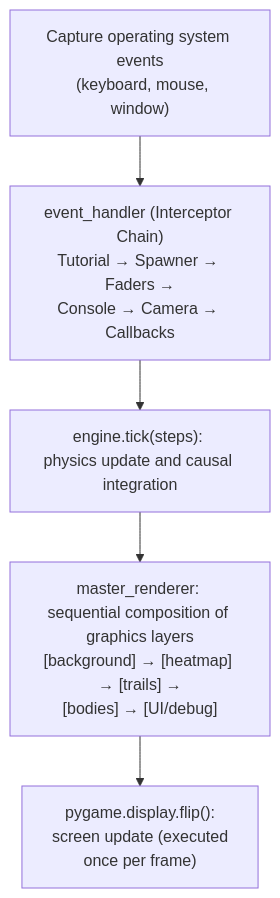
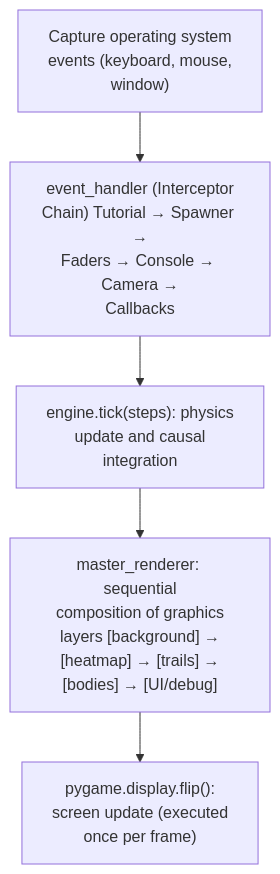
The tenth of 11 diagrams in ARCHITECTURE_DEEP_DIVE.md (alessandro-pioli/AstroCausal_Engine), drawn with Mermaid before and after one commit. The commit also changed other lines of this file and 2 other files, not shown here.

Commit message:
docs: leggibilita dei diagrammi e igiene del gitignore

````diff
--- a/ARCHITECTURE_DEEP_DIVE.md
+++ b/ARCHITECTURE_DEEP_DIVE.md
@@ -774,7 +774,7 @@
 ```mermaid
 flowchart TD
-    A["Capture operating system events<br/> (keyboard, mouse,<br/>window)"] --> B["event_handler (Interceptor Chain)<br/>Tutorial → Spawner → Faders →<br/>Console → Camera → Callbacks"]
-    B --> C["engine.tick(steps): <br/>physics update and causal integration"]
-    C --> D["master_renderer: <br/>sequential composition of graphics layers<br/>[background] → [heatmap] → [trails] →<br/>[bodies] → [UI/debug]"]
+    A["Capture operating system<br/>events (keyboard, mouse,<br/>window)"] --> B["event_handler (Interceptor<br/>Chain) Tutorial → Spawner →<br/>Faders → Console → Camera →<br/>Callbacks"]
+    B --> C["engine.tick(steps): physics<br/>update and causal<br/>integration"]
+    C --> D["master_renderer: sequential<br/>composition of graphics<br/>layers [background] →<br/>[heatmap] → [trails] →<br/>[bodies] → [UI/debug]"]
     D --> E["pygame.display.flip():<br/>screen update (executed<br/>once per frame)"]
 ```
````
